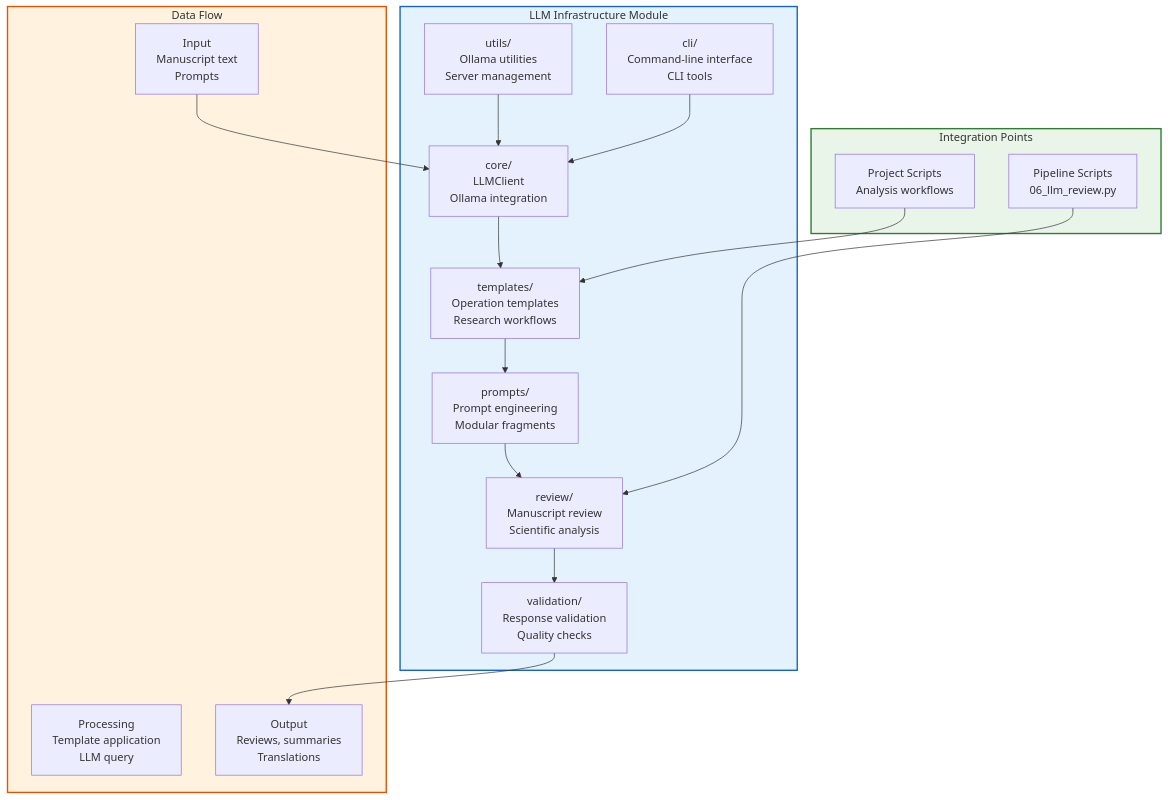
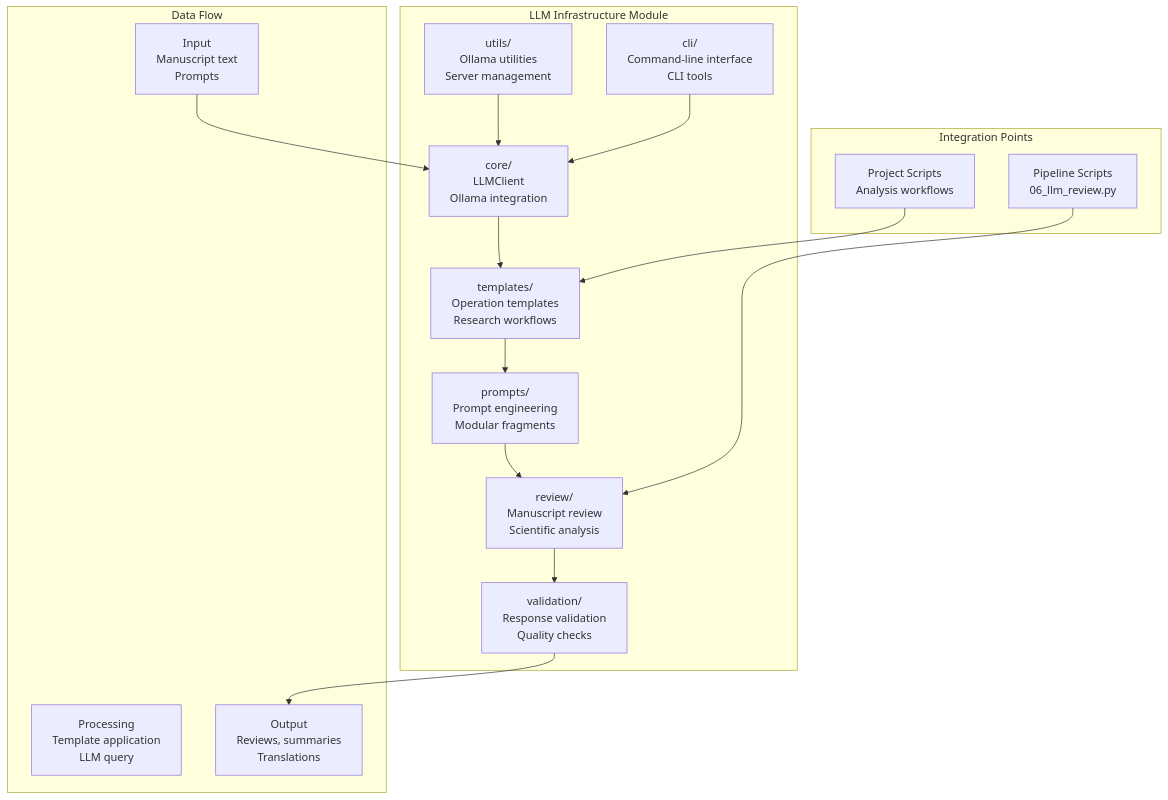
The diagram in infrastructure/llm/README.md (docxology/template), drawn with Mermaid before and after one commit. The commit also changed 243 other files, not shown here.

````diff
--- a/infrastructure/llm/README.md
+++ b/infrastructure/llm/README.md
@@ -28,44 +28,40 @@
 ```mermaid
 graph TD
     subgraph LLMModule["LLM Infrastructure Module"]
         CORE[core/<br/>LLMClient<br/>Ollama integration]
         TEMPLATES[templates/<br/>Operation templates<br/>Research workflows]
         PROMPTS[prompts/<br/>Prompt engineering<br/>Modular fragments]
         REVIEW[review/<br/>Manuscript review<br/>Scientific analysis]
         UTILS[utils/<br/>Ollama utilities<br/>Server management]
         VALIDATION[validation/<br/>Response validation<br/>Quality checks]
         CLI[cli/<br/>Command-line interface<br/>CLI tools]
     end
 
     subgraph DataFlow["Data Flow"]
         INPUT[Input<br/>Manuscript text<br/>Prompts]
         PROCESSING[Processing<br/>Template application<br/>LLM query]
         OUTPUT[Output<br/>Reviews, summaries<br/>Translations]
     end
 
     subgraph Integration["Integration Points"]
         PIPELINE[Pipeline Scripts<br/>06_llm_review.py]
         PROJECTS[Project Scripts<br/>Analysis workflows]
     end
 
     INPUT --> CORE
     CORE --> TEMPLATES
     TEMPLATES --> PROMPTS
     PROMPTS --> REVIEW
     REVIEW --> VALIDATION
     VALIDATION --> OUTPUT
 
     UTILS --> CORE
     CLI --> CORE
 
     PIPELINE --> REVIEW
     PROJECTS --> TEMPLATES
 
-    classDef module fill:#e3f2fd,stroke:#1565c0,stroke-width:2px
-    classDef flow fill:#fff3e0,stroke:#e65100,stroke-width:2px
-    classDef integration fill:#e8f5e8,stroke:#2e7d32,stroke-width:2px
-
     class LLMModule module
     class DataFlow flow
     class Integration integration
 ```
````
